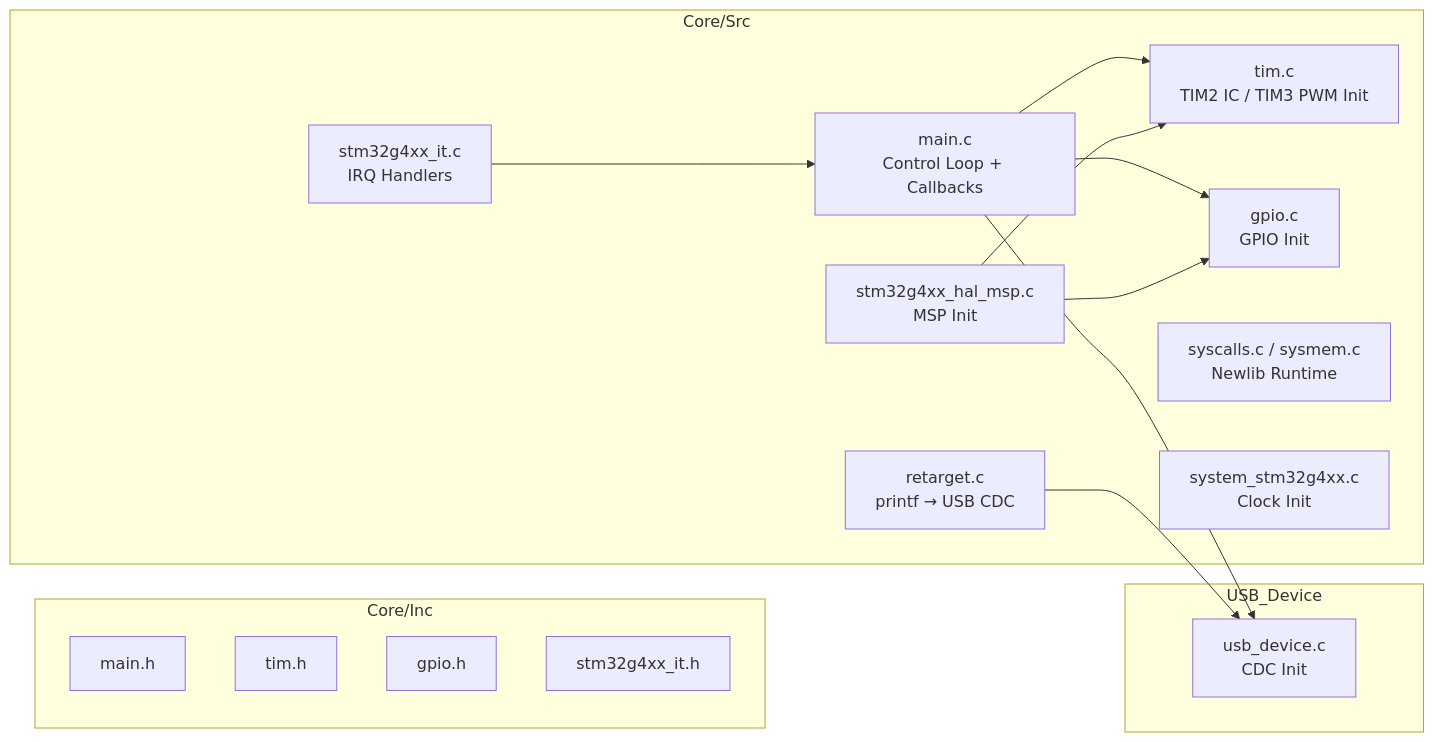
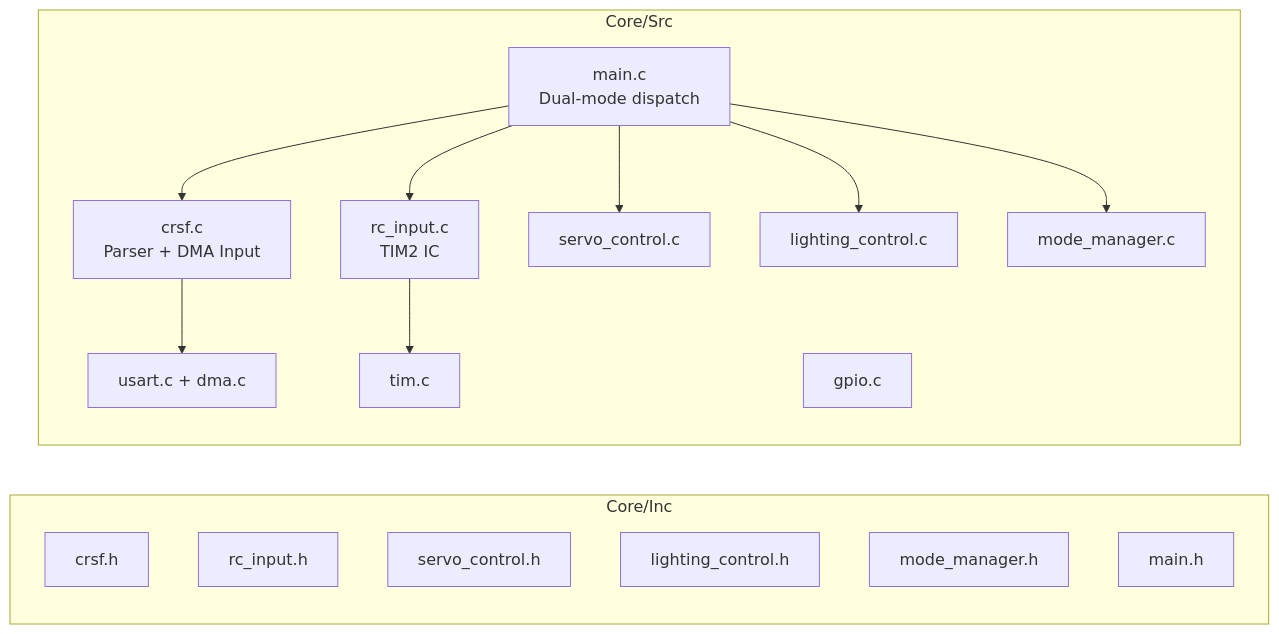
One commit to QT3112/STM32G4_Lighting changed the third of 11 diagrams in docs/firmware_architecture.md. Above: the diagram before and after it, drawn with Mermaid. The commit also changed other lines of this file and 25 other files, not shown here.

````diff
--- a/docs/firmware_architecture.md
+++ b/docs/firmware_architecture.md
@@ -113,32 +129,31 @@
 ```mermaid
 graph LR
     subgraph "Core/Inc"
+        crsfh[crsf.h]
+        rch[rc_input.h]
+        svh[servo_control.h]
+        lch[lighting_control.h]
+        mmh[mode_manager.h]
         mh[main.h]
-        th[tim.h]
-        gh[gpio.h]
-        ith[stm32g4xx_it.h]
     end
 
     subgraph "Core/Src"
-        mc[main.c\nControl Loop + Callbacks]
-        tc[tim.c\nTIM2 IC / TIM3 PWM Init]
-        gc[gpio.c\nGPIO Init]
-        ic[stm32g4xx_it.c\nIRQ Handlers]
-        msp[stm32g4xx_hal_msp.c\nMSP Init]
-        rc[retarget.c\nprintf → USB CDC]
-        sc[syscalls.c / sysmem.c\nNewlib Runtime]
-        sysc[system_stm32g4xx.c\nClock Init]
+        mc[main.c\nDual-mode dispatch]
+        crsfc[crsf.c\nParser + DMA Input]
+        rcc[rc_input.c\nTIM2 IC]
+        svc[servo_control.c]
+        lcc[lighting_control.c]
+        mmc[mode_manager.c]
+        tc[tim.c]
+        gc[gpio.c]
+        uc[usart.c + dma.c]
     end
 
-    subgraph "USB_Device"
-        usb[usb_device.c\nCDC Init]
-    end
-
-    mc --> tc
-    mc --> gc
-    mc --> usb
-    ic --> mc
-    msp --> tc
-    msp --> gc
-    rc --> usb
+    mc --> crsfc
+    mc --> rcc
+    mc --> svc
+    mc --> lcc
+    mc --> mmc
+    crsfc --> uc
+    rcc --> tc
 ```
````
